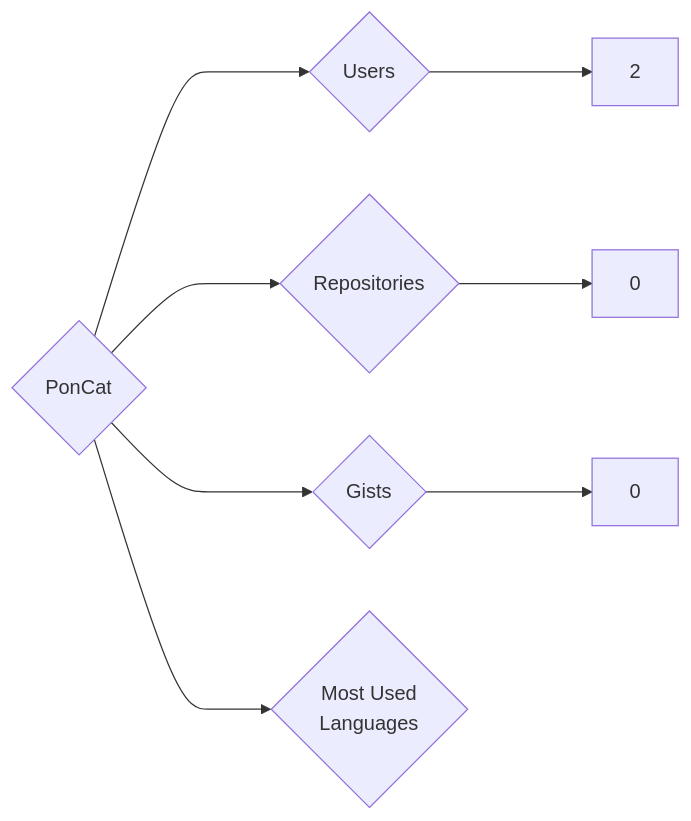
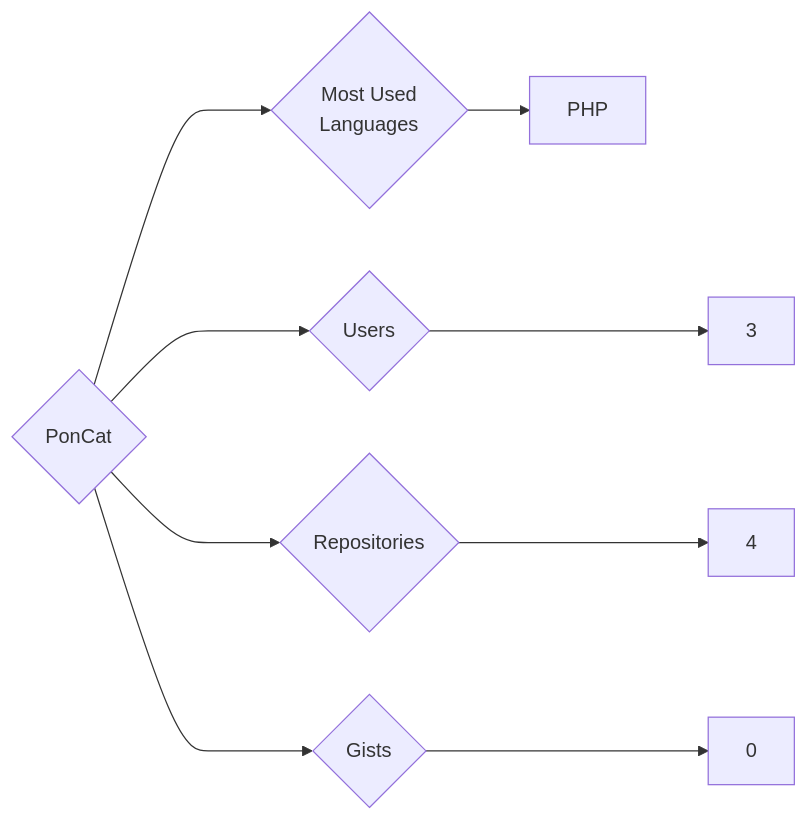
One commit to trickest/insiders changed the diagram in targets/PonCat/README.md. Above: the diagram before and after it, drawn with Mermaid. The commit also changed 1248 other files, not shown here.

````diff
--- a/targets/PonCat/README.md
+++ b/targets/PonCat/README.md
@@ -3,8 +3,9 @@
 ```mermaid
 graph LR
 COMPANY_NAME{PonCat}
-COMPANY_NAME ---> U{Users} ---> UN[2]
-COMPANY_NAME ---> R{Repositories} ---> RN[0]
+COMPANY_NAME ---> U{Users} ---> UN[3]
+COMPANY_NAME ---> R{Repositories} ---> RN[4]
 COMPANY_NAME ---> G{Gists} ---> GN[0]
 COMPANY_NAME ---> ML{Most Used<br>Languages}
+ML --> PHP[PHP]
 ```
````
